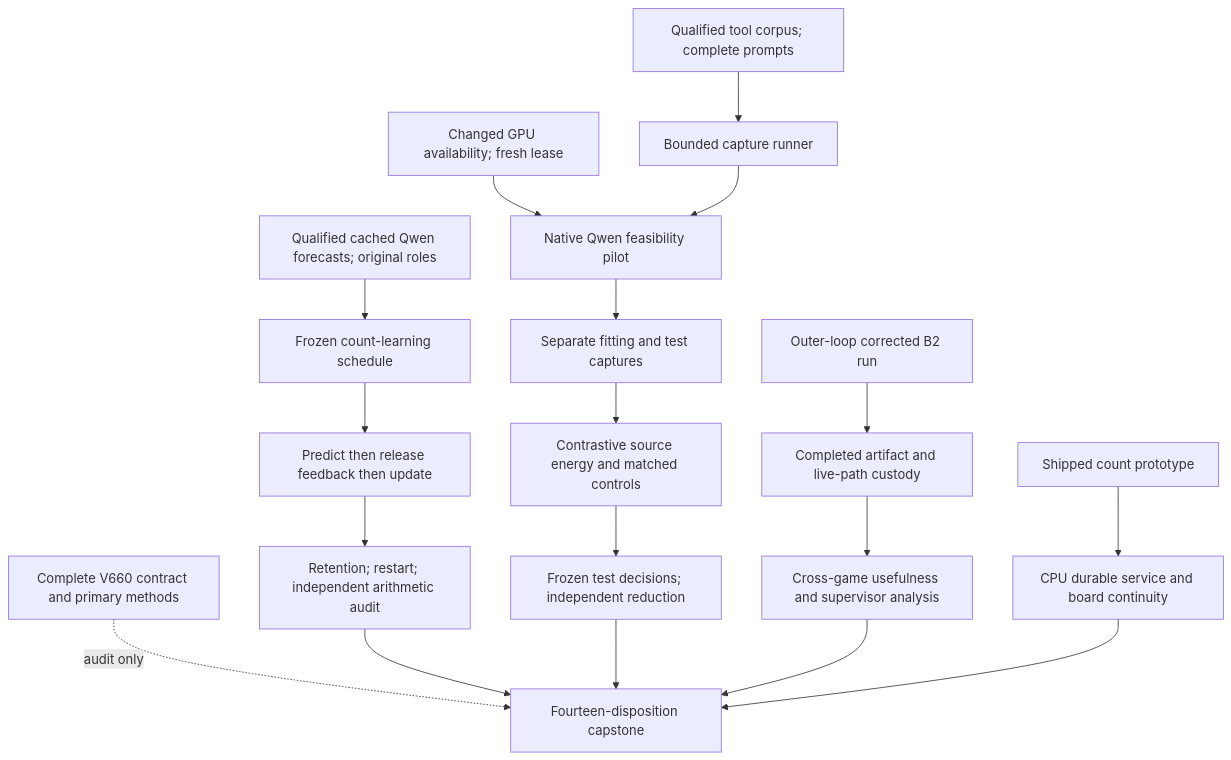
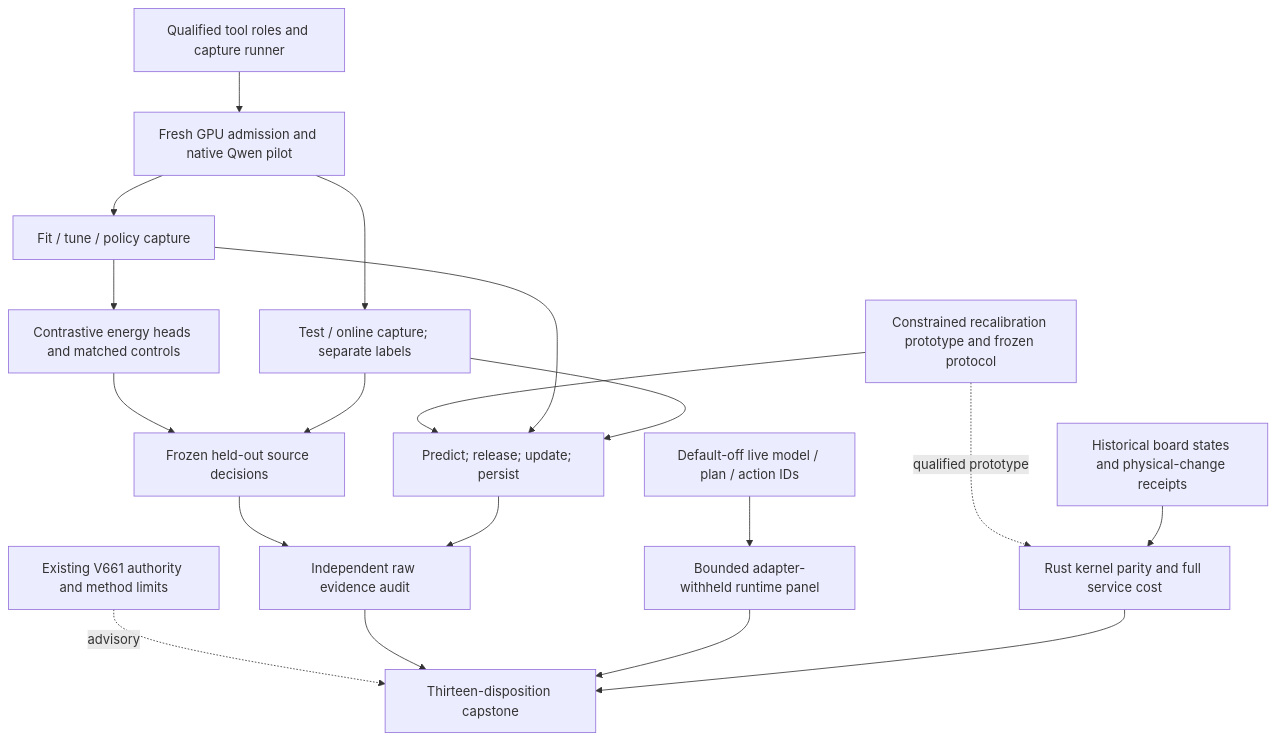
Before and after one commit to Carnot-EBM/carnot-ebm: the diagram in openspec/change-proposals/research-roadmap-vNEXT.md, drawn with Mermaid. The commit also changed other lines of this file and 14 other files, not shown here.

````diff
--- a/openspec/change-proposals/research-roadmap-vNEXT.md
+++ b/openspec/change-proposals/research-roadmap-vNEXT.md
@@ -81,20 +84,21 @@
 ```mermaid
 flowchart TD
-    C[Complete V660 contract and primary methods] -. audit only .-> R[Fourteen-disposition capstone]
-    A[Qualified cached Qwen forecasts; original roles] --> B[Frozen count-learning schedule]
-    B --> D[Predict then release feedback then update]
-    D --> E[Retention; restart; independent arithmetic audit]
-    F[Qualified tool corpus; complete prompts] --> G[Bounded capture runner]
-    H[Changed GPU availability; fresh lease] --> I[Native Qwen feasibility pilot]
-    G --> I
-    I --> J[Separate fitting and test captures]
-    J --> K[Contrastive source energy and matched controls]
-    K --> L[Frozen test decisions; independent reduction]
-    M[Outer-loop corrected B2 run] --> N[Completed artifact and live-path custody]
-    N --> O[Cross-game usefulness and supervisor analysis]
-    P[Shipped count prototype] --> Q[CPU durable service and board continuity]
-    E --> R
-    L --> R
-    O --> R
-    Q --> R
+    C[Existing V661 authority and method limits] -. advisory .-> Z[Thirteen-disposition capstone]
+    P[Qualified tool roles and capture runner] --> N[Fresh GPU admission and native Qwen pilot]
+    N --> F[Fit / tune / policy capture]
+    N --> T[Test / online capture; separate labels]
+    F --> E[Contrastive energy heads and matched controls]
+    E --> V[Frozen held-out source decisions]
+    T --> V
+    R[Constrained recalibration prototype and frozen protocol] --> L[Predict; release; update; persist]
+    F --> L
+    T --> L
+    V --> A[Independent raw evidence audit]
+    L --> A
+    J[Default-off live model / plan / action IDs] --> G[Bounded adapter-withheld runtime panel]
+    R -. qualified prototype .-> H[Rust kernel parity and full service cost]
+    B[Historical board states and physical-change receipts] --> H
+    A --> Z
+    G --> Z
+    H --> Z
 ```
````
